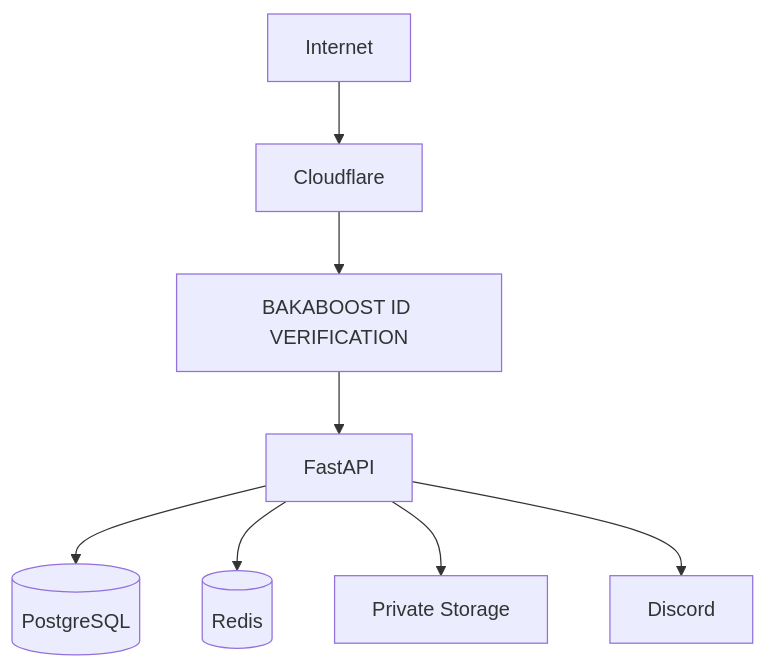
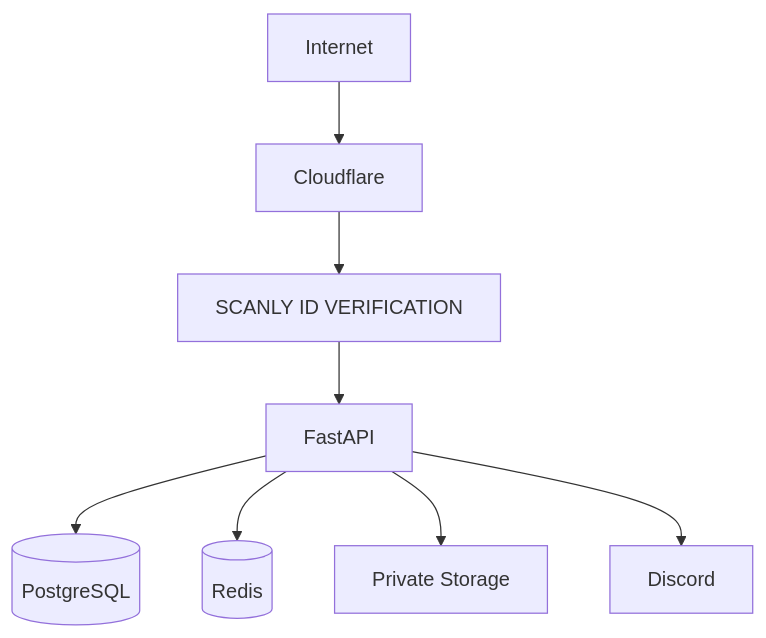
The third of 3 diagrams in README.md (disregard0516/BAKABOOST-ID-VERIFICATION), drawn with Mermaid before and after one commit. The commit also changed other lines of this file and 40 other files, not shown here.

First line of the commit message:
feat: rebrand BAKABOOST as SCANLY (#1)

````diff
--- a/README.md
+++ b/README.md
@@ -475,20 +475,20 @@
 ```mermaid
 flowchart TB
     INTERNET["Internet"]
     EDGE["Cloudflare"]
-    APP["BAKABOOST ID VERIFICATION"]
+    APP["SCANLY ID VERIFICATION"]
     API["FastAPI"]
     DB[("PostgreSQL")]
     CACHE[("Redis")]
     STORE["Private Storage"]
     DC["Discord"]
 
     INTERNET --> EDGE
     EDGE --> APP
     APP --> API
 
     API --> DB
     API --> CACHE
     API --> STORE
     API --> DC
 ```
````
